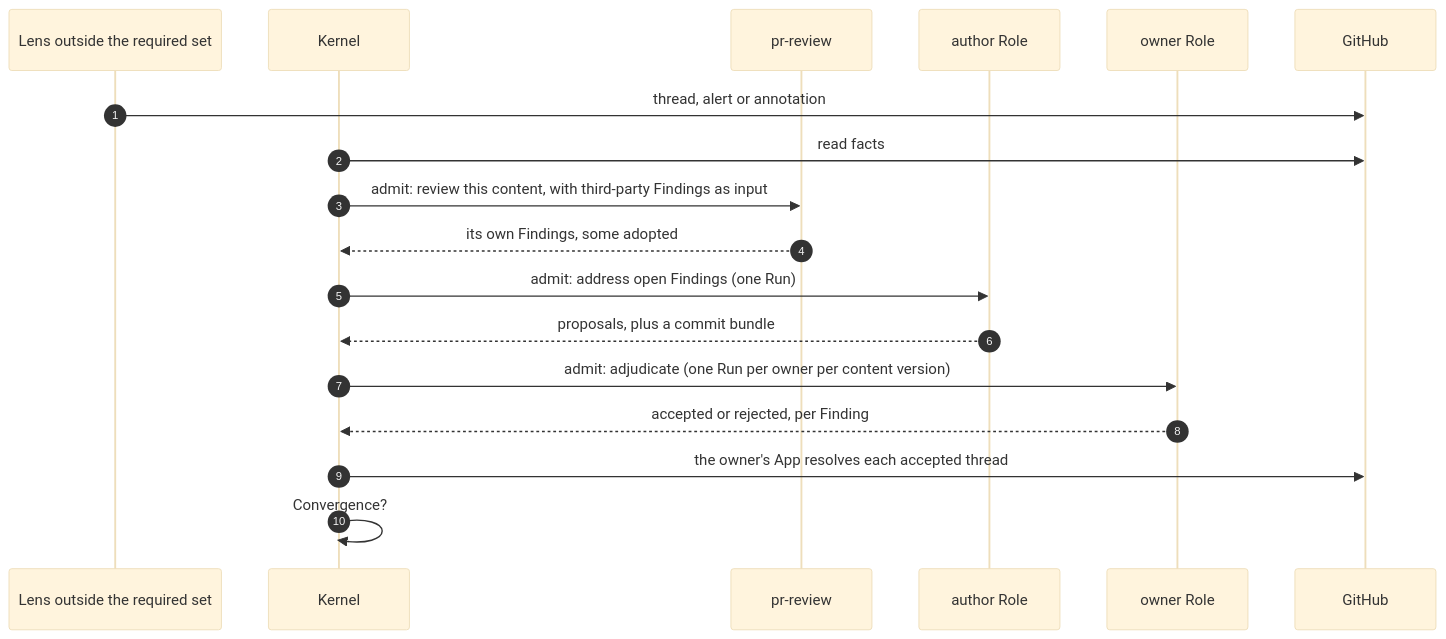
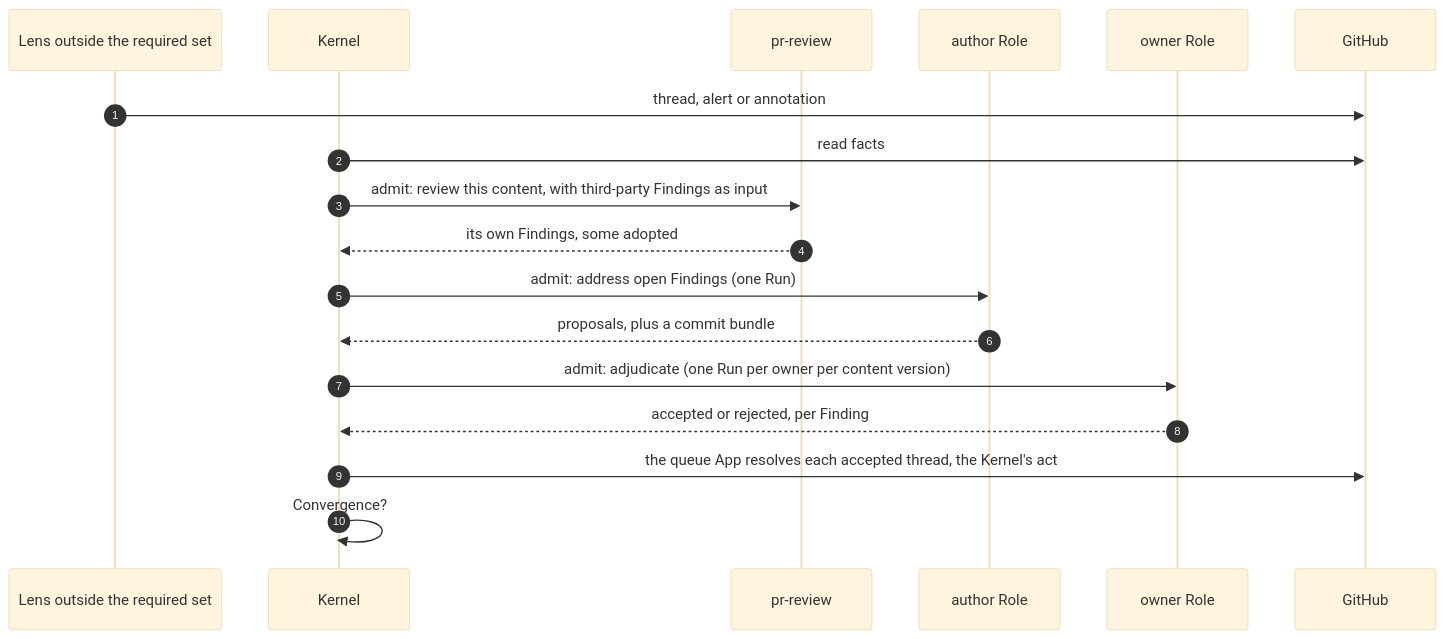
The sixth of 6 diagrams in docs/architecture/software-factory-design.md (combsmith/software-factory), drawn with Mermaid (base theme) before and after one commit. The commit also changed other lines of this file and 138 other files, not shown here.

First line of the commit message:
A Lens judges, and the queue App resolves its thread as the Kernel's act on its accepted ruling (#389) (#400)

````diff
--- a/docs/architecture/software-factory-design.md
+++ b/docs/architecture/software-factory-design.md
@@ -1643,21 +1648,21 @@
 ```mermaid
 sequenceDiagram
   autonumber
   participant L as Lens outside the required set
   participant K as Kernel
   participant Rv as pr-review
   participant Au as author Role
   participant Ow as owner Role
   participant G as GitHub
 
   L->>G: thread, alert or annotation
   K->>G: read facts
   K->>Rv: admit: review this content, with third-party Findings as input
   Rv-->>K: its own Findings, some adopted
   K->>Au: admit: address open Findings (one Run)
   Au-->>K: proposals, plus a commit bundle
   K->>Ow: admit: adjudicate (one Run per owner per content version)
   Ow-->>K: accepted or rejected, per Finding
-  K->>G: the owner's App resolves each accepted thread
+  K->>G: the queue App resolves each accepted thread, the Kernel's act
   K->>K: Convergence?
 ```
````
